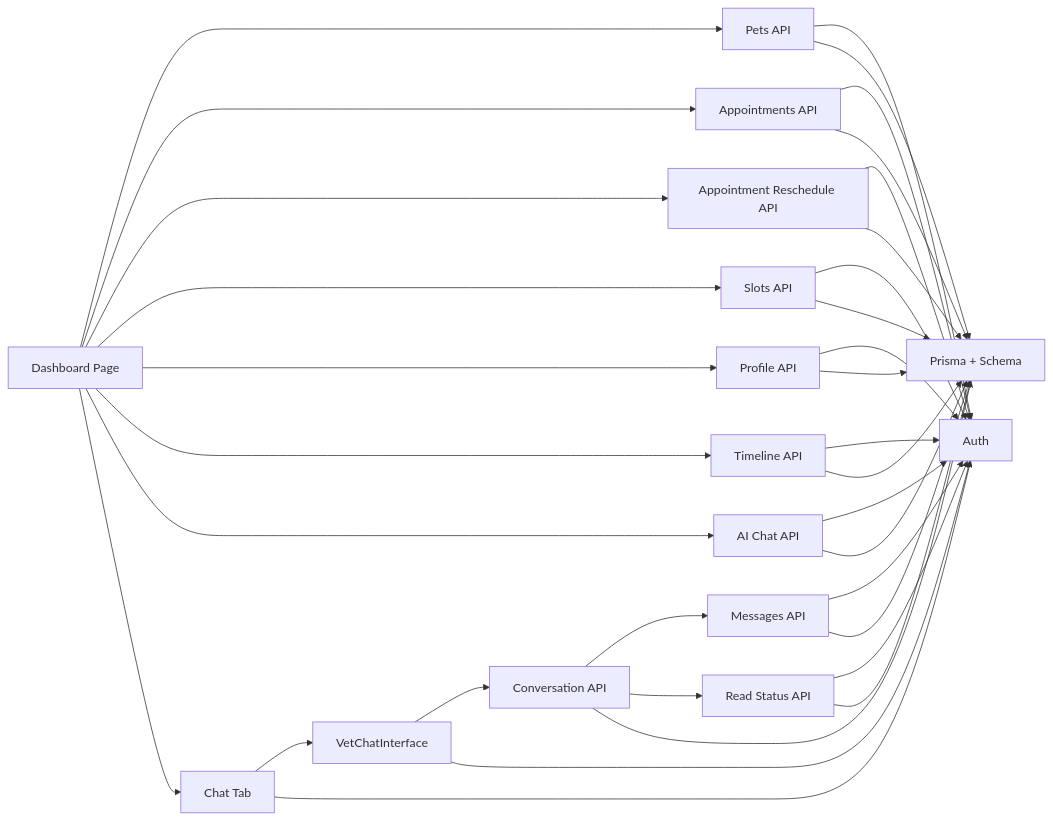
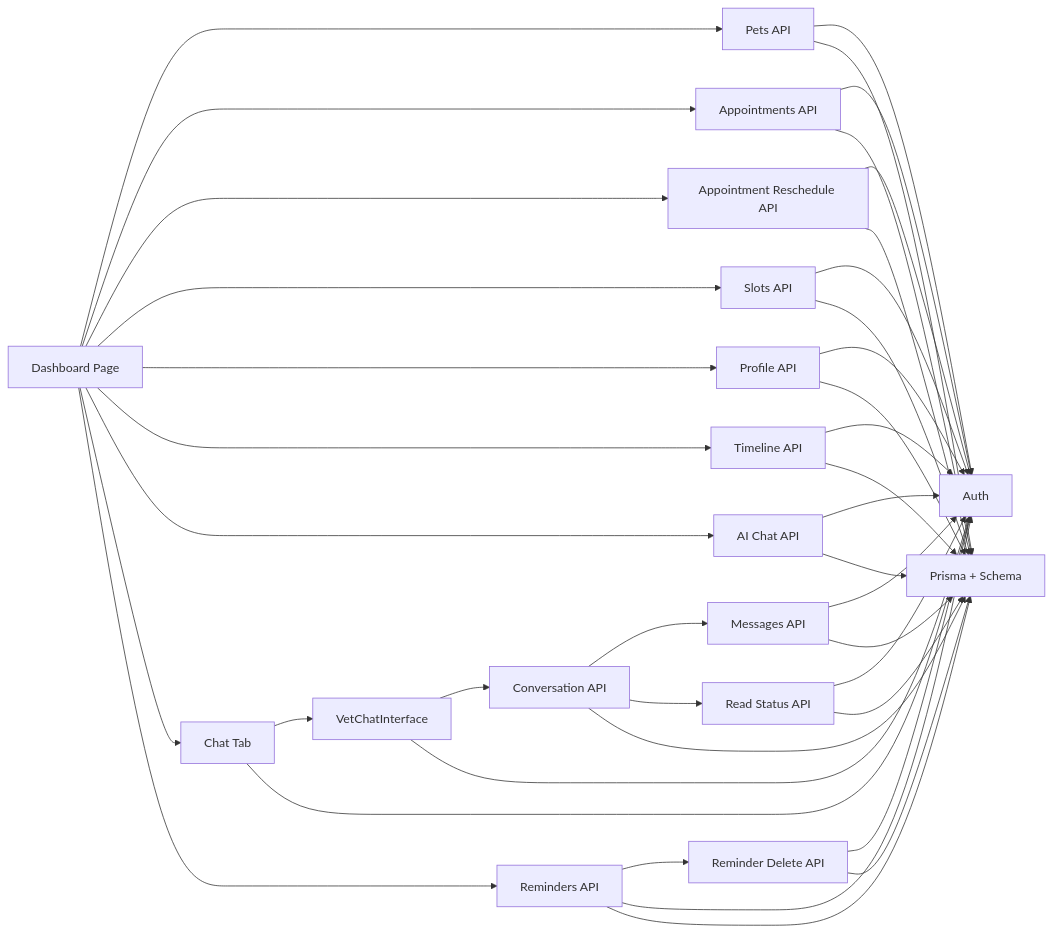
Before and after one commit to Javeria-Javaid/ai-powered-pet-healthcare-ecosystem: the third of 3 diagrams in .qoder/repowiki/en/content/User Dashboards/Pet Owner Dashboard.md, drawn with Mermaid. The commit also changed other lines of this file and 45 other files, not shown here.

````diff
--- a/.qoder/repowiki/en/content/User Dashboards/Pet Owner Dashboard.md
+++ b/.qoder/repowiki/en/content/User Dashboards/Pet Owner Dashboard.md
@@ -372,36 +410,42 @@
 ```mermaid
 graph LR
 D["Dashboard Page"] --> P["Pets API"]
 D --> A["Appointments API"]
 D --> AR["Appointment Reschedule API"]
 D --> AS["Slots API"]
 D --> R["Profile API"]
 D --> T["Timeline API"]
 D --> C["AI Chat API"]
 D --> CH["Chat Tab"]
+D --> RM["Reminders API"]
 CH --> VCI["VetChatInterface"]
 VCI --> CA["Conversation API"]
 CA --> M["Messages API"]
 CA --> RD["Read Status API"]
+RM --> RMD["Reminder Delete API"]
 P --> AUTH["Auth"]
 A --> AUTH
 AR --> AUTH
 AS --> AUTH
 R --> AUTH
 T --> AUTH
 C --> AUTH
 CH --> AUTH
 VCI --> AUTH
 M --> AUTH
 RD --> AUTH
+RM --> AUTH
+RMD --> AUTH
 P --> DB["Prisma + Schema"]
 A --> DB
 AR --> DB
 AS --> DB
 R --> DB
 T --> DB
 C --> DB
 CA --> DB
 M --> DB
 RD --> DB
+RM --> DB
+RMD --> DB
 ```
````
